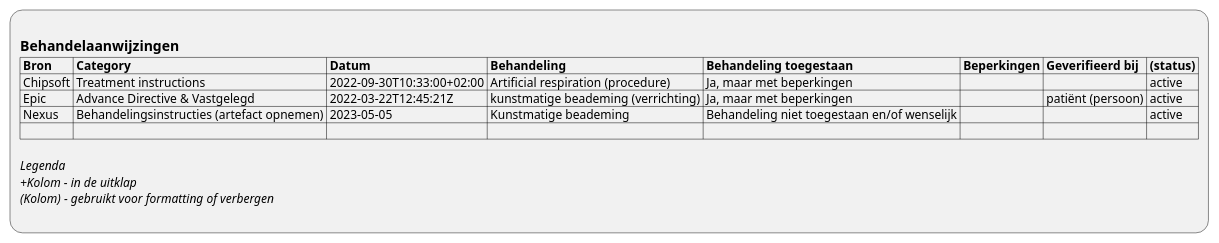
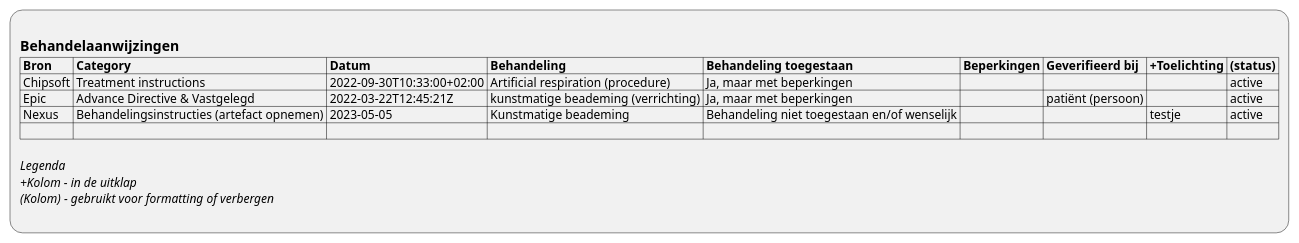
One commit to RIVO-Noord/zorgviewer-ig changed the diagram in input/images-source/ViewDefinition-Behandelaanwijzingen.plantuml. Above: the diagram before and after it, drawn with PlantUML. The commit also changed 2 other files, not shown here.

Commit message:
added toelichting kolom

```diff
--- a/input/images-source/ViewDefinition-Behandelaanwijzingen.plantuml
+++ b/input/images-source/ViewDefinition-Behandelaanwijzingen.plantuml
@@ -1,14 +1,14 @@
 @startuml ViewDefinition-Behandelaanwijzingen
 :
 == Behandelaanwijzingen
-|= Bron |= Category |= Datum |= Behandeling |= Behandeling toegestaan |= Beperkingen |= Geverifieerd bij |= (status) |
-| Chipsoft | Treatment instructions | 2022-09-30T10:33:00+02:00 | Artificial respiration (procedure) | Ja, maar met beperkingen |  |  | active |
-| Epic | Advance Directive & Vastgelegd | 2022-03-22T12:45:21Z | kunstmatige beademing (verrichting) | Ja, maar met beperkingen |  | patiënt (persoon) | active |
-| Nexus | Behandelingsinstructies (artefact opnemen) | 2023-05-05 | Kunstmatige beademing | Behandeling niet toegestaan en/of wenselijk |  |  | active |
+|= Bron |= Category |= Datum |= Behandeling |= Behandeling toegestaan |= Beperkingen |= Geverifieerd bij |= +Toelichting |= (status) |
+| Chipsoft | Treatment instructions | 2022-09-30T10:33:00+02:00 | Artificial respiration (procedure) | Ja, maar met beperkingen |  |  |  | active |
+| Epic | Advance Directive & Vastgelegd | 2022-03-22T12:45:21Z | kunstmatige beademing (verrichting) | Ja, maar met beperkingen |  | patiënt (persoon) |  | active |
+| Nexus | Behandelingsinstructies (artefact opnemen) | 2023-05-05 | Kunstmatige beademing | Behandeling niet toegestaan en/of wenselijk |  |  | testje | active |
 | |
 
 //Legenda//
 //+Kolom - in de uitklap//
 //(Kolom) - gebruikt voor formatting of verbergen//
 ;
 @enduml
```
